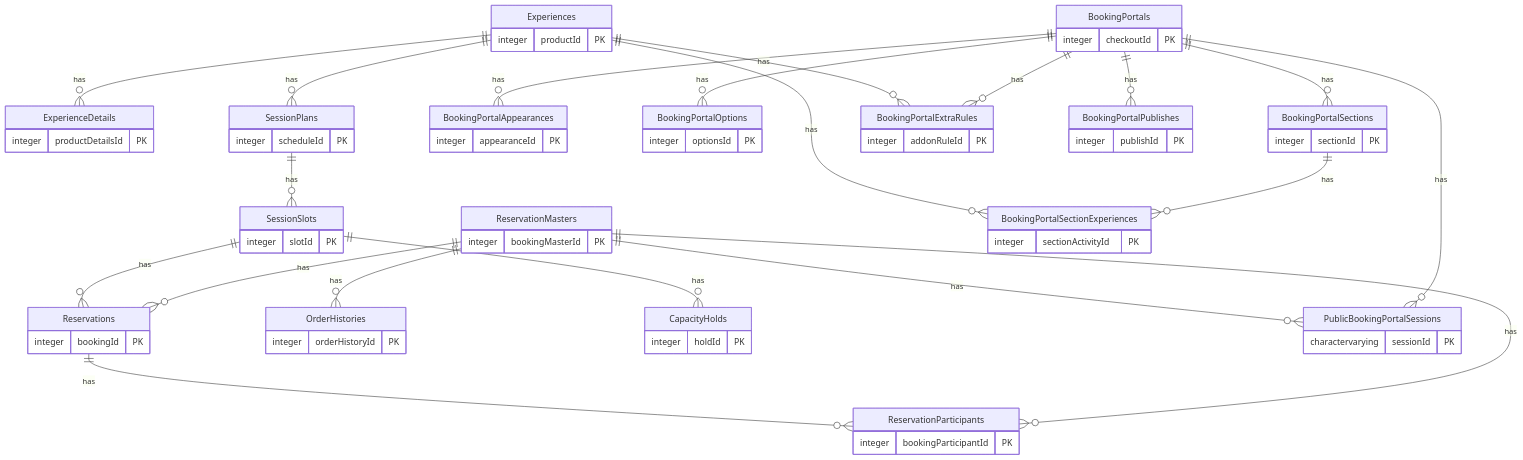
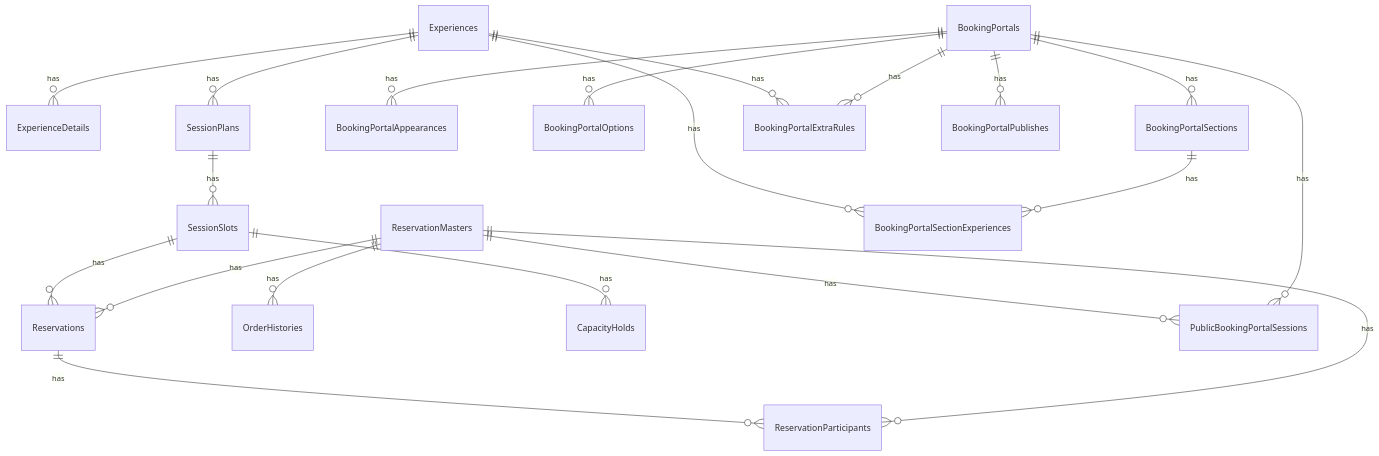
One commit to Saksham-Gupta-GH/ER-Diagram changed the second of 8 diagrams in Mermaid_Diagrams.md. Above: the diagram before and after it, drawn with Mermaid. The commit also changed other lines of this file, not shown here.

Commit message:
fix: remove columns from Mermaid diagrams to prevent GitHub timeout

````diff
--- a/Mermaid_Diagrams.md
+++ b/Mermaid_Diagrams.md
@@ -104,73 +69,22 @@
 ```mermaid
 erDiagram
   Experiences ||--o{ ExperienceDetails : "has"
   Experiences ||--o{ SessionPlans : "has"
   SessionPlans ||--o{ SessionSlots : "has"
   ReservationMasters ||--o{ Reservations : "has"
   ReservationMasters ||--o{ OrderHistories : "has"
   BookingPortals ||--o{ BookingPortalAppearances : "has"
   BookingPortals ||--o{ BookingPortalOptions : "has"
   BookingPortals ||--o{ BookingPortalSections : "has"
   BookingPortalSections ||--o{ BookingPortalSectionExperiences : "has"
   Experiences ||--o{ BookingPortalSectionExperiences : "has"
   BookingPortals ||--o{ BookingPortalExtraRules : "has"
   Experiences ||--o{ BookingPortalExtraRules : "has"
   BookingPortals ||--o{ BookingPortalPublishes : "has"
   SessionSlots ||--o{ CapacityHolds : "has"
   BookingPortals ||--o{ PublicBookingPortalSessions : "has"
   ReservationMasters ||--o{ PublicBookingPortalSessions : "has"
   ReservationMasters ||--o{ ReservationParticipants : "has"
   Reservations ||--o{ ReservationParticipants : "has"
   SessionSlots ||--o{ Reservations : "has"
-  ExperienceDetails {
-    integer productDetailsId PK
-  }
-  Experiences {
-    integer productId PK
-  }
-  SessionPlans {
-    integer scheduleId PK
-  }
-  SessionSlots {
-    integer slotId PK
-  }
-  Reservations {
-    integer bookingId PK
-  }
-  ReservationMasters {
-    integer bookingMasterId PK
-  }
-  OrderHistories {
-    integer orderHistoryId PK
-  }
-  BookingPortalAppearances {
-    integer appearanceId PK
-  }
-  BookingPortals {
-    integer checkoutId PK
-  }
-  BookingPortalOptions {
-    integer optionsId PK
-  }
-  BookingPortalSections {
-    integer sectionId PK
-  }
-  BookingPortalSectionExperiences {
-    integer sectionActivityId PK
-  }
-  BookingPortalExtraRules {
-    integer addonRuleId PK
-  }
-  BookingPortalPublishes {
-    integer publishId PK
-  }
-  CapacityHolds {
-    integer holdId PK
-  }
-  PublicBookingPortalSessions {
-    charactervarying sessionId PK
-  }
-  ReservationParticipants {
-    integer bookingParticipantId PK
-  }
 ```
````
